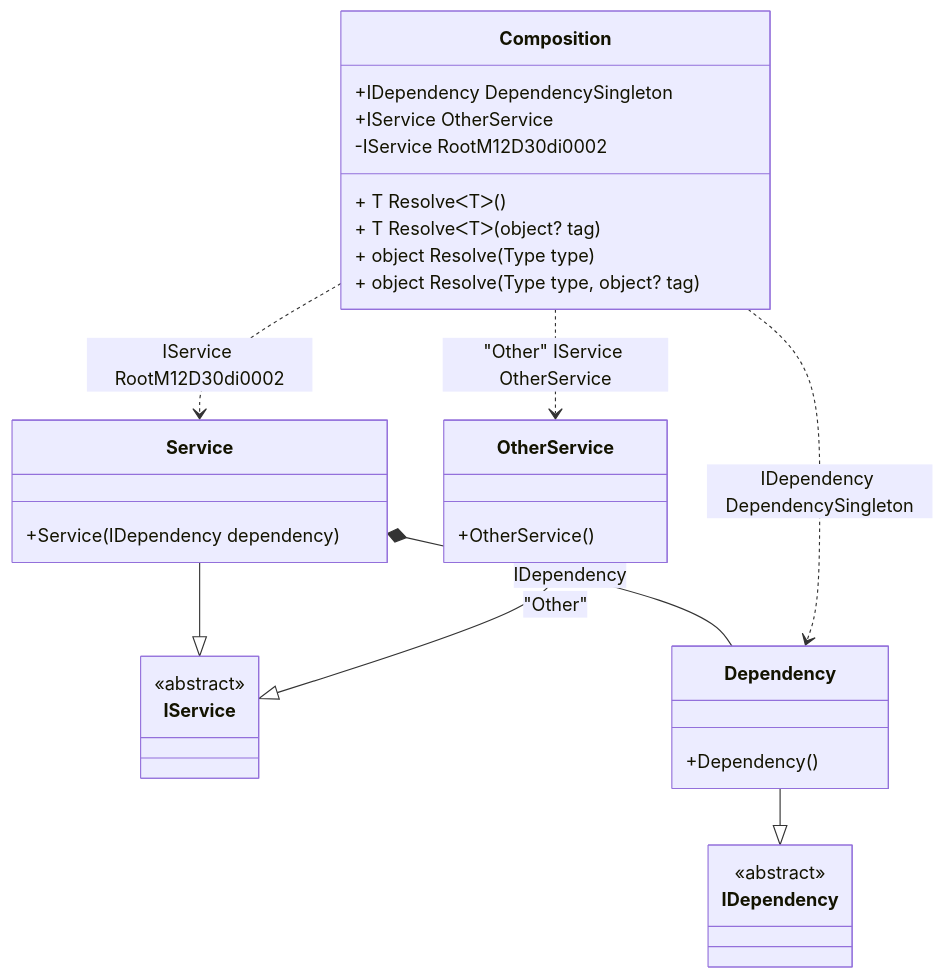
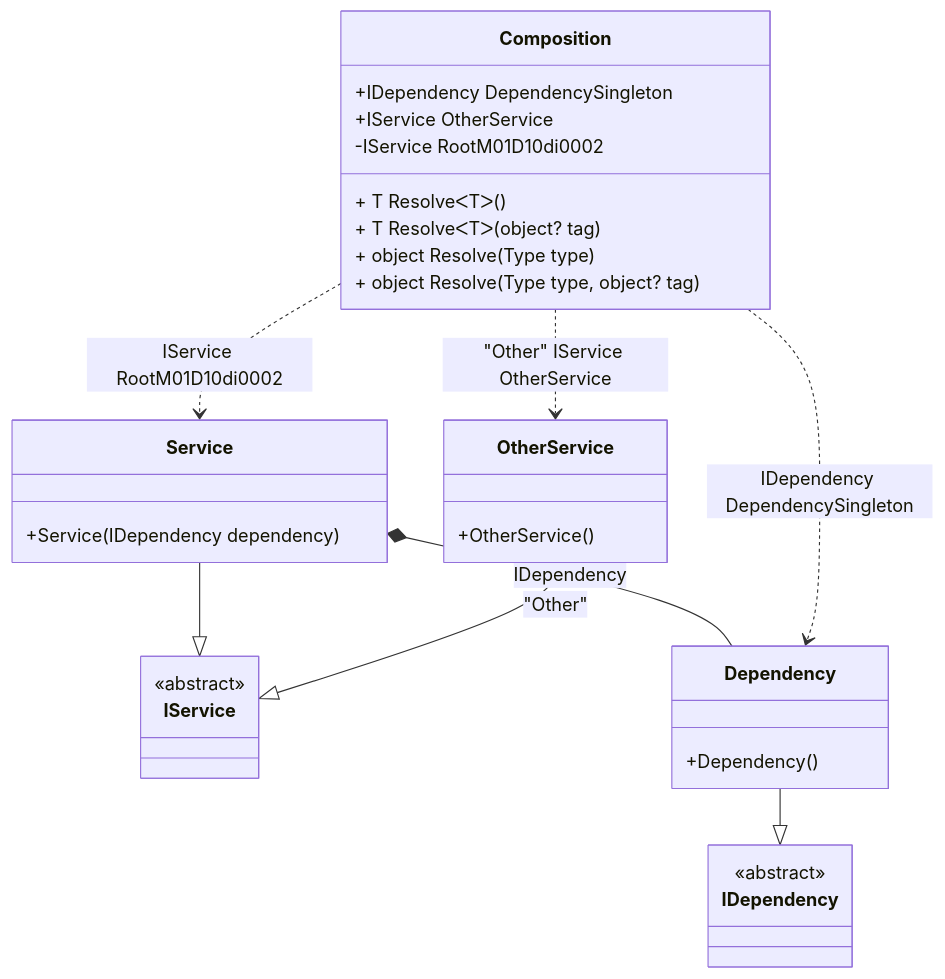
Before and after one commit to DevTeam/Pure.DI: the diagram in readme/resolve-methods.md, drawn with Mermaid. The commit also changed other lines of this file and 73 other files, not shown here.

````diff
--- a/readme/resolve-methods.md
+++ b/readme/resolve-methods.md
@@ -45,34 +45,34 @@
 ```mermaid
 classDiagram
   class Composition {
     +IDependency DependencySingleton
     +IService OtherService
-    -IService RootM12D30di0002
+    -IService RootM01D10di0002
     + T ResolveᐸTᐳ()
     + T ResolveᐸTᐳ(object? tag)
     + object Resolve(Type type)
     + object Resolve(Type type, object? tag)
   }
   Service --|> IService : 
   class Service {
     +Service(IDependency dependency)
   }
   Dependency --|> IDependency : 
   class Dependency {
     +Dependency()
   }
   OtherService --|> IService : "Other" 
   class OtherService {
     +OtherService()
   }
   class IService {
     <<abstract>>
   }
   class IDependency {
     <<abstract>>
   }
   Service *--  Dependency : IDependency
   Composition ..> Dependency : IDependency DependencySingleton
-  Composition ..> Service : IService RootM12D30di0002
+  Composition ..> Service : IService RootM01D10di0002
   Composition ..> OtherService : "Other" IService OtherService
 ```
````
